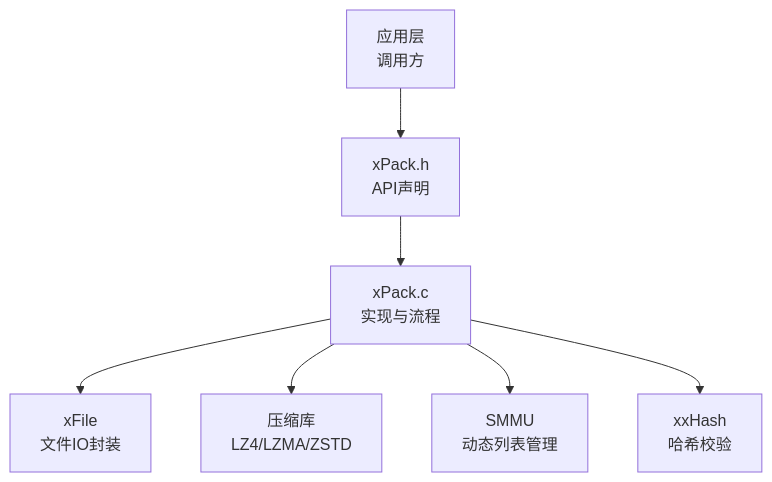
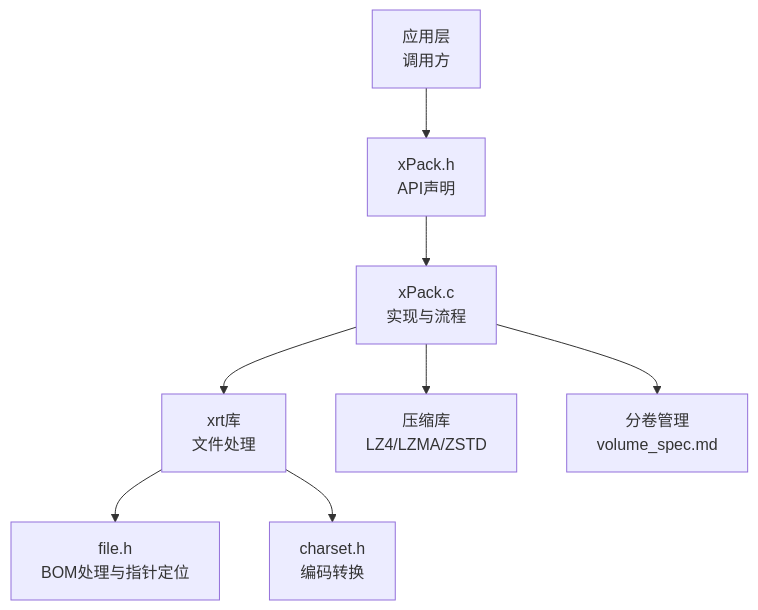
One commit to xywhsoft/xpack changed the first of 4 diagrams in .qoder/repowiki/zh/content/API参考手册/文件操作API.md. Above: the diagram before and after it, drawn with Mermaid. The commit also changed other lines of this file and 42 other files, not shown here.

````diff
--- a/.qoder/repowiki/zh/content/API参考手册/文件操作API.md
+++ b/.qoder/repowiki/zh/content/API参考手册/文件操作API.md
@@ -40,9 +56,10 @@
 ```mermaid
 graph TB
 A["应用层<br/>调用方"] --> B["xPack.h<br/>API声明"]
 B --> C["xPack.c<br/>实现与流程"]
-C --> D["xFile<br/>文件IO封装"]
-C --> E["压缩库<br/>LZ4/LZMA/ZSTD"]
-C --> F["SMMU<br/>动态列表管理"]
-C --> G["xxHash<br/>哈希校验"]
+C --> D["xrt库<br/>文件处理"]
+D --> E["file.h<br/>BOM处理与指针定位"]
+D --> F["charset.h<br/>编码转换"]
+C --> G["压缩库<br/>LZ4/LZMA/ZSTD"]
+C --> H["分卷管理<br/>volume_spec.md"]
 ```
````
